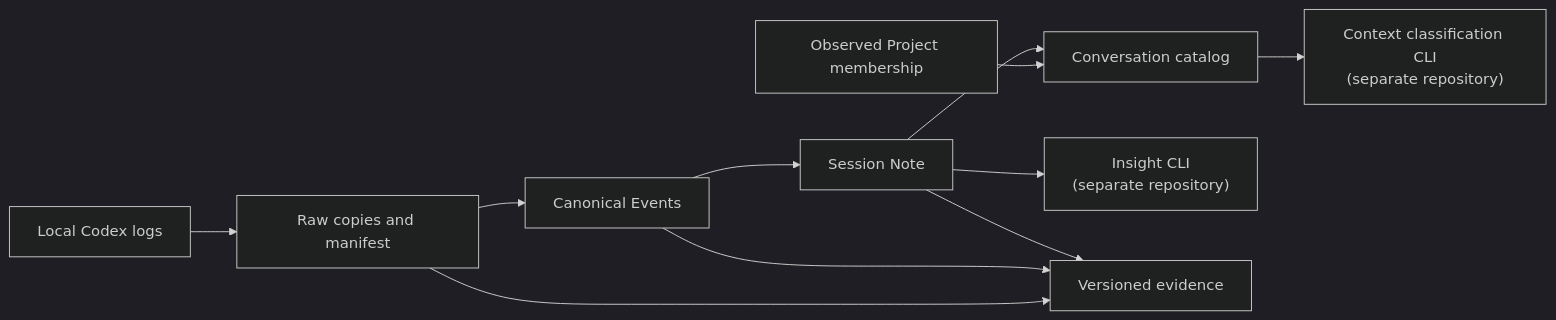
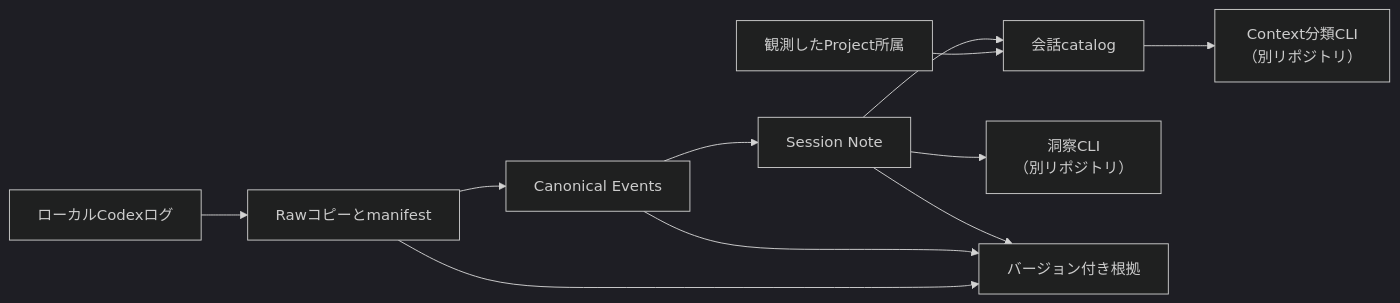
Before and after one commit to tuckn/tkn_codex_chat_note_pipeline: the first of 2 diagrams in README.md, drawn with Mermaid (dark theme). The commit also changed other lines of this file and 35 other files, not shown here.

````diff
--- a/README.md
+++ b/README.md
@@ -75,13 +73,13 @@
 ```mermaid
 flowchart LR
-    L["Local Codex logs"] --> R["Raw copies and manifest"]
+    L["ローカルCodexログ"] --> R["Rawコピーとmanifest"]
     R --> E["Canonical Events"]
     E --> T["Session Note"]
-    M["Observed Project membership"] --> C["Conversation catalog"]
+    M["観測したProject所属"] --> C["会話catalog"]
     T --> C
-    C --> U["Context classification CLI<br/>(separate repository)"]
-    T --> I["Insight CLI<br/>(separate repository)"]
-    R --> P["Versioned evidence"]
+    C --> U["Context分類CLI<br/>（別リポジトリ）"]
+    T --> I["洞察CLI<br/>（別リポジトリ）"]
+    R --> P["バージョン付き根拠"]
     E --> P
     T --> P
 ```
````
